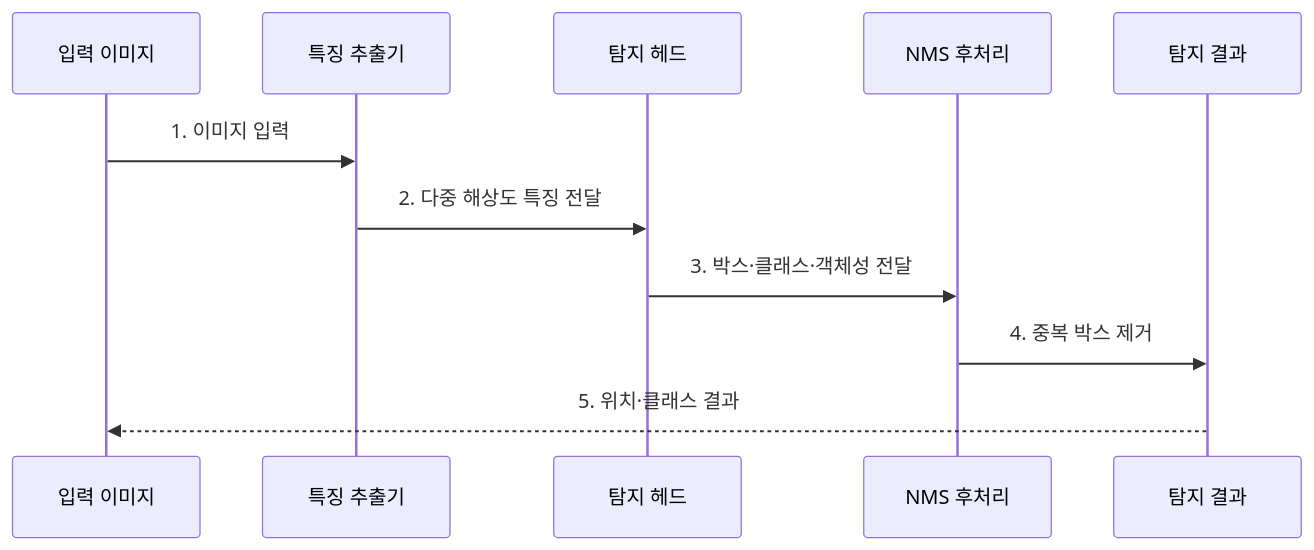
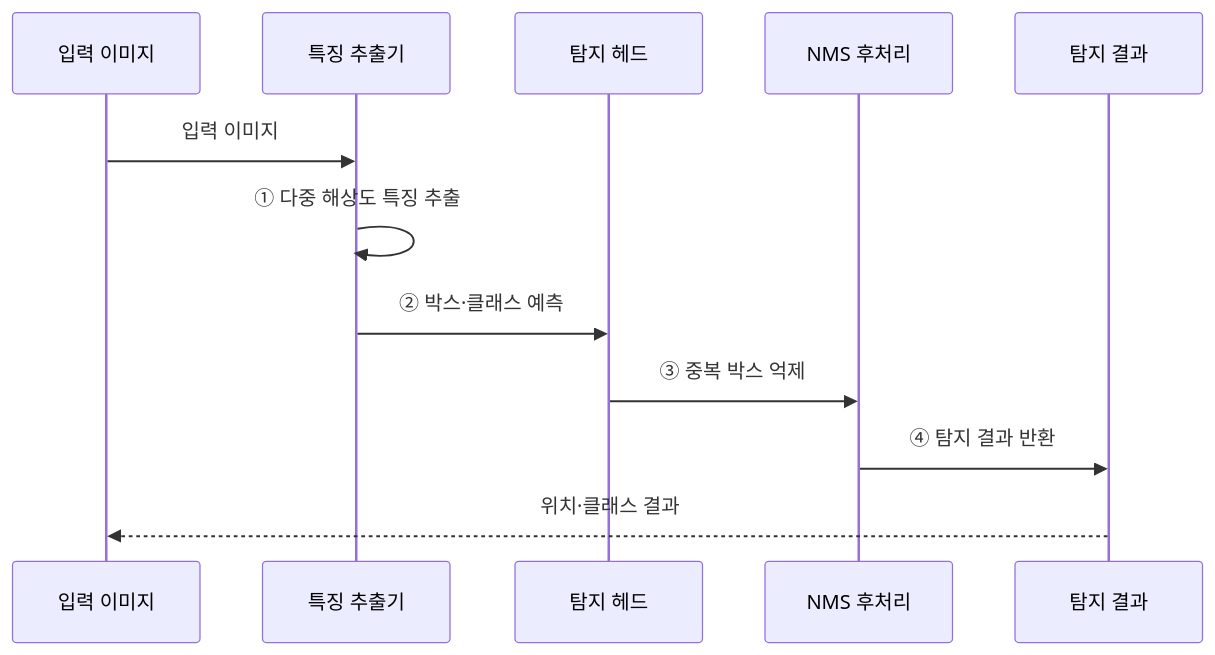
One commit to agnusdei1207/knowledge-base changed the third of 3 diagrams in src/content/docs/notes/01-basic-theory/055_object_detection.md. Above: the diagram before and after it, drawn with Mermaid. The commit also changed other lines of this file and 22 other files, not shown here.

````diff
--- a/src/content/docs/notes/01-basic-theory/055_object_detection.md
+++ b/src/content/docs/notes/01-basic-theory/055_object_detection.md
@@ -65,13 +81,14 @@
 ```mermaid
 sequenceDiagram
     participant I as 입력 이미지
     participant F as 특징 추출기
     participant H as 탐지 헤드
     participant N as NMS 후처리
     participant Y as 탐지 결과
-    I->>F: 1. 이미지 입력
-    F->>H: 2. 다중 해상도 특징 전달
-    H->>N: 3. 박스·클래스·객체성 전달
-    N->>Y: 4. 중복 박스 제거
-    Y-->>I: 5. 위치·클래스 결과
+    I->>F: 입력 이미지
+    F->>F: ① 다중 해상도 특징 추출
+    F->>H: ② 박스·클래스 예측
+    H->>N: ③ 중복 박스 억제
+    N->>Y: ④ 탐지 결과 반환
+    Y-->>I: 위치·클래스 결과
 ```
````
